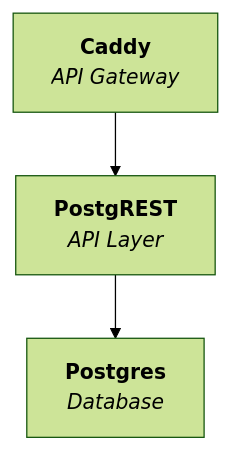
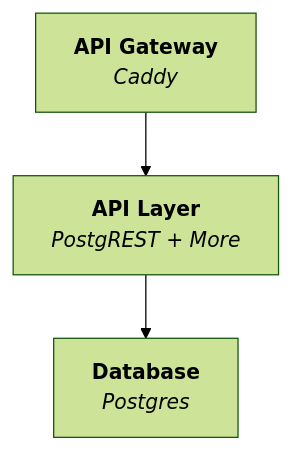
The diagram in README.md (explodinglabs/superstack), drawn with Mermaid (forest theme) before and after one commit.

````diff
--- a/README.md
+++ b/README.md
@@ -16,6 +16,6 @@
 ```mermaid
 flowchart TD
-    Caddy["<b>Caddy</b><br><i>API Gateway</i>"]
-    Caddy --> PostgREST["<b>PostgREST</b><br><i>API Layer</i>"]
-    PostgREST --> Postgres["<b>Postgres</b><br><i>Database</i>"]
+    Gateway["<b>API Gateway</b><br><i>Caddy</i>"]
+    Gateway --> API["<b>API Layer</b><br><i>PostgREST + More</i>"]
+    API --> Database["<b>Database</b><br><i>Postgres</i>"]
 ```
````
